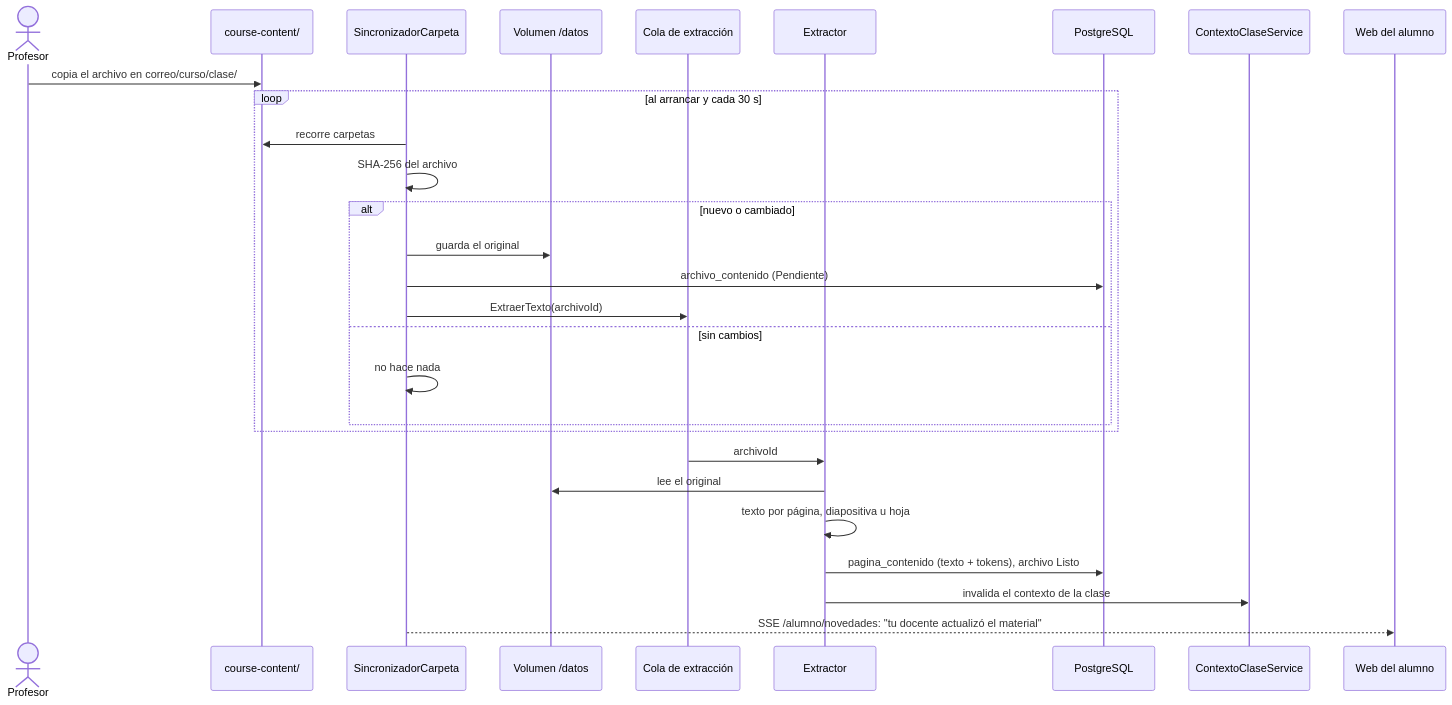
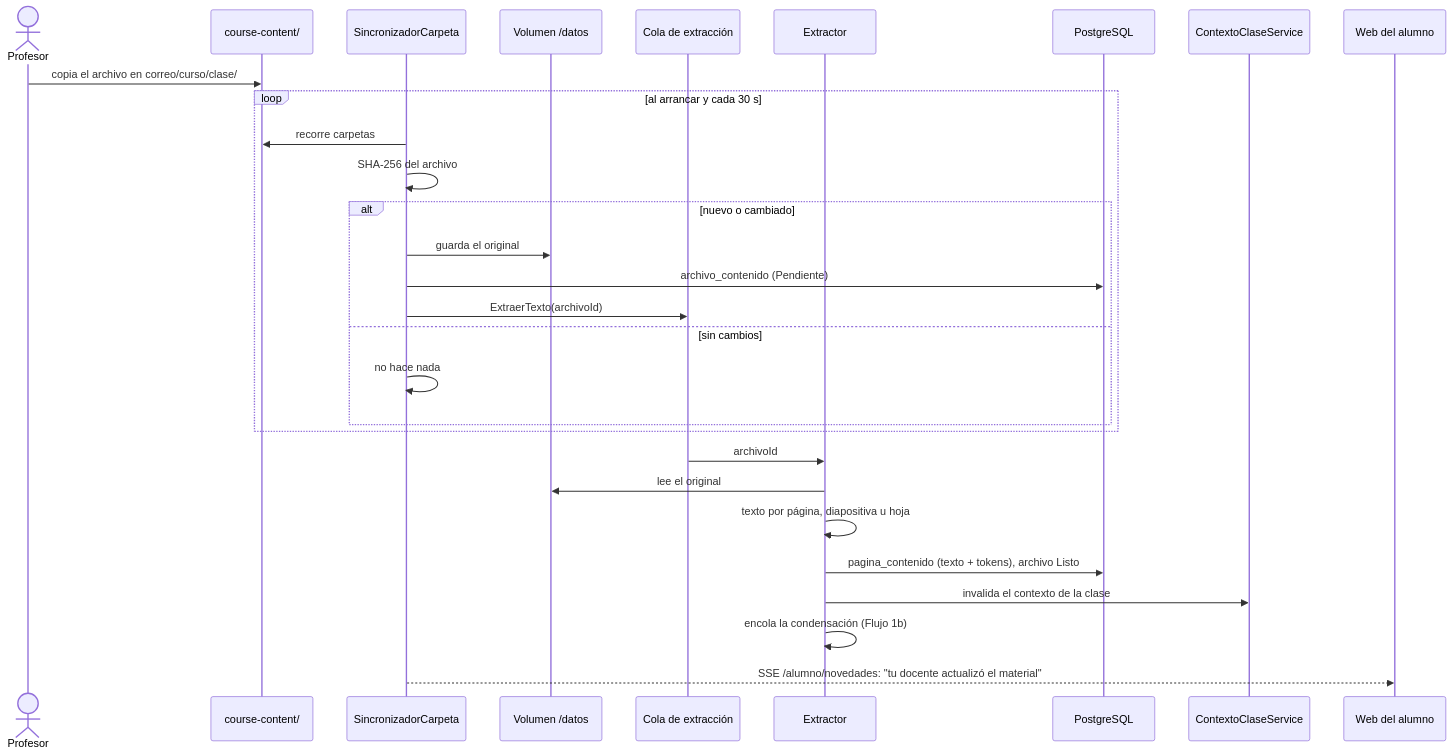
The sixth of 10 diagrams in specs/SDD-Plataforma-Evaluacion-PreClase.md (hideakiuchida/TutorPre), drawn with Mermaid before and after one commit. The commit also changed other lines of this file and 25 other files, not shown here.

````diff
--- a/specs/SDD-Plataforma-Evaluacion-PreClase.md
+++ b/specs/SDD-Plataforma-Evaluacion-PreClase.md
@@ -615,31 +629,32 @@
 ```mermaid
 sequenceDiagram
     actor P as Profesor
     participant C as course-content/
     participant S as SincronizadorCarpeta
     participant A as Volumen /datos
     participant Q as Cola de extracción
     participant X as Extractor
     participant D as PostgreSQL
     participant K as ContextoClaseService
     participant W as Web del alumno
 
     P->>C: copia el archivo en correo/curso/clase/
     loop al arrancar y cada 30 s
         S->>C: recorre carpetas
         S->>S: SHA-256 del archivo
         alt nuevo o cambiado
             S->>A: guarda el original
             S->>D: archivo_contenido (Pendiente)
             S->>Q: ExtraerTexto(archivoId)
         else sin cambios
             S->>S: no hace nada
         end
     end
     Q->>X: archivoId
     X->>A: lee el original
     X->>X: texto por página, diapositiva u hoja
     X->>D: pagina_contenido (texto + tokens), archivo Listo
     X->>K: invalida el contexto de la clase
+    X->>X: encola la condensación (Flujo 1b)
     S-->>W: SSE /alumno/novedades: "tu docente actualizó el material"
 ```
````
